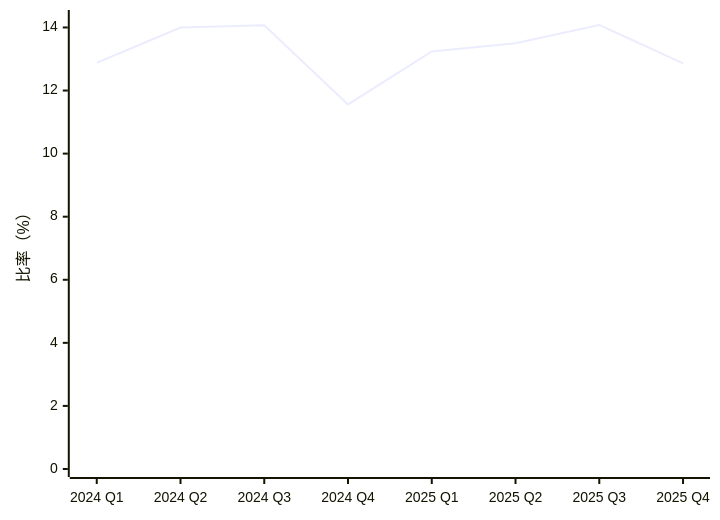
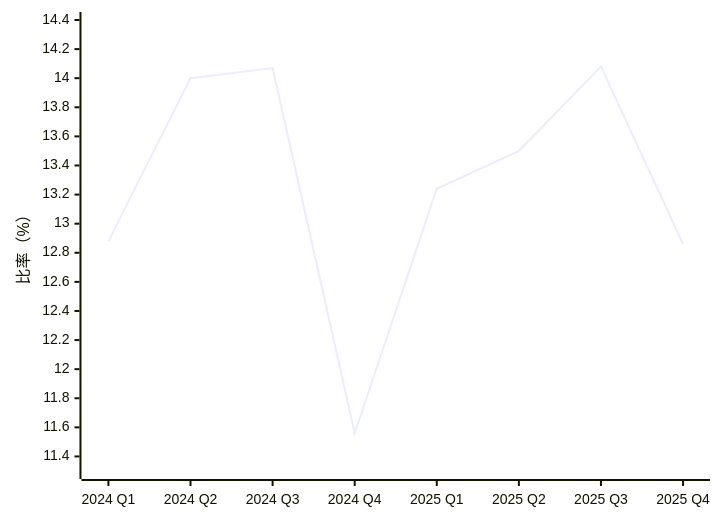
Diagram 11 of 19 in content/台灣零售與電商競爭分析.md (jyuny1/blog), drawn with Mermaid before and after one commit. The commit also changed other lines of this file, not shown here.

````diff
--- a/content/台灣零售與電商競爭分析.md
+++ b/content/台灣零售與電商競爭分析.md
@@ -159,6 +159,6 @@
 ```mermaid
 xychart-beta
     x-axis ["2024 Q1", "2024 Q2", "2024 Q3", "2024 Q4", "2025 Q1", "2025 Q2", "2025 Q3", "2025 Q4"]
-    y-axis "比率（%）" 0 --> 14.3
+    y-axis "比率（%）" 11.3 --> 14.4
     line [12.88, 14, 14.07, 11.56, 13.24, 13.5, 14.08, 12.86]
 ```
````
